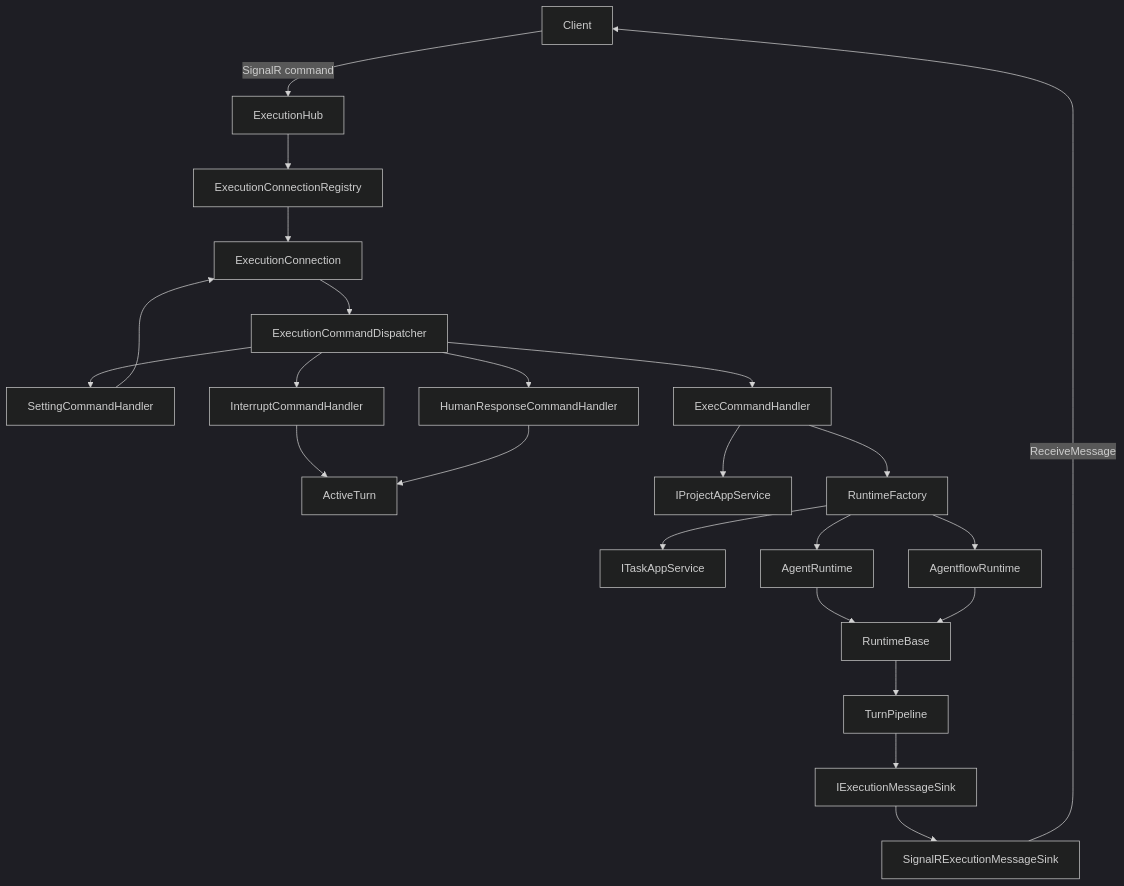
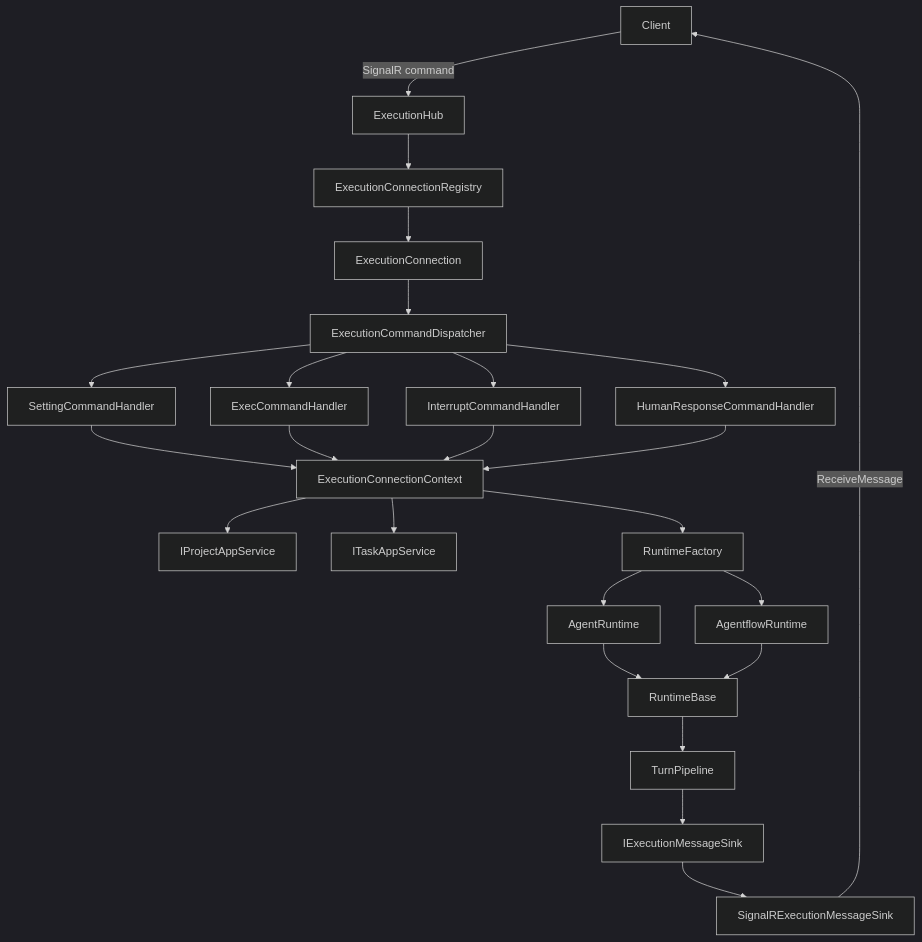
One commit to zxyao145/agw changed the first of 3 diagrams in src/server/Agw.Agents/Execution/README.md. Above: the diagram before and after it, drawn with Mermaid (dark theme). The commit also changed other lines of this file and 396 other files, not shown here.

````diff
--- a/src/server/Agw.Agents/Execution/README.md
+++ b/src/server/Agw.Agents/Execution/README.md
@@ -141,28 +170,28 @@
 ```mermaid
 flowchart TB
     Client["Client"] -->|"SignalR command"| Hub["ExecutionHub"]
     Hub --> Registry["ExecutionConnectionRegistry"]
     Registry --> Connection["ExecutionConnection"]
     Connection --> Dispatcher["ExecutionCommandDispatcher"]
 
     Dispatcher --> Setting["SettingCommandHandler"]
     Dispatcher --> Exec["ExecCommandHandler"]
     Dispatcher --> Interrupt["InterruptCommandHandler"]
     Dispatcher --> Human["HumanResponseCommandHandler"]
 
-    Setting --> Connection
-    Interrupt --> ActiveTurn["ActiveTurn"]
-    Human --> ActiveTurn
-
-    Exec --> ProjectService["IProjectAppService"]
-    Exec --> Factory["RuntimeFactory"]
-    Factory --> TaskService["ITaskAppService"]
+    Setting --> Context["ExecutionConnectionContext"]
+    Exec --> Context
+    Interrupt --> Context
+    Human --> Context
+    Context --> ProjectService["IProjectAppService"]
+    Context --> TaskService["ITaskAppService"]
+    Context --> Factory["RuntimeFactory"]
     Factory --> AgentRuntime["AgentRuntime"]
     Factory --> AgentflowRuntime["AgentflowRuntime"]
     AgentRuntime --> RuntimeBase["RuntimeBase"]
     AgentflowRuntime --> RuntimeBase
     RuntimeBase --> TurnPipeline["TurnPipeline"]
     TurnPipeline --> Sink["IExecutionMessageSink"]
     Sink --> SignalRSink["SignalRExecutionMessageSink"]
     SignalRSink -->|"ReceiveMessage"| Client
 ```
````
